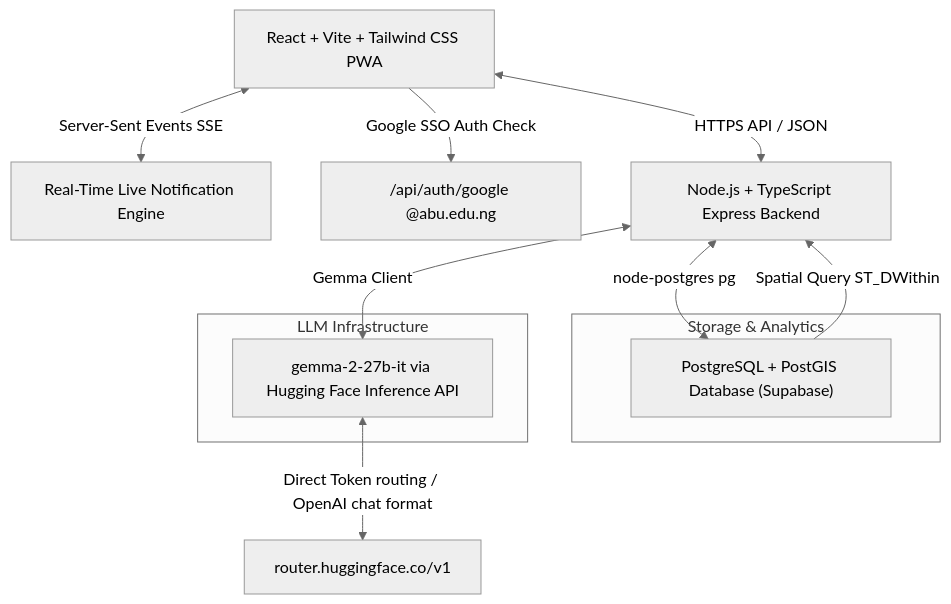
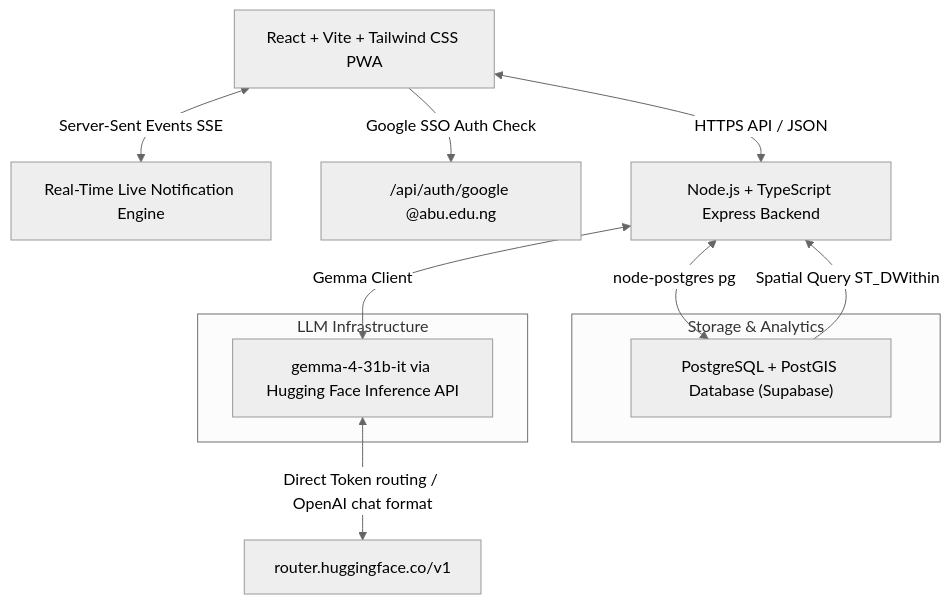
One commit to Bukarr/CamPulse changed the diagram in README.md. Above: the diagram before and after it, drawn with Mermaid (neutral theme). The commit also changed other lines of this file and 7 other files, not shown here.

````diff
--- a/README.md
+++ b/README.md
@@ -23,25 +23,25 @@
 ```mermaid
 flowchart TD
     %% Clients
     Client[React + Vite + Tailwind CSS PWA] <-->|Server-Sent Events SSE| NotificationEngine[Real-Time Live Notification Engine]
     Client -->|Google SSO Auth Check| AuthEndpoint["/api/auth/google @abu.edu.ng"]
     
     %% API Gateway / Backend
     Client <-->|HTTPS API / JSON| ExpressServer[Node.js + TypeScript Express Backend]
     
     %% Database Path
     ExpressServer <-->|node-postgres pg| PostgreSQL["PostgreSQL + PostGIS Database (Supabase)"]
     PostgreSQL -->|Spatial Query ST_DWithin| ExpressServer
     
     %% AI Path
-    ExpressServer <-->|Gemma Client| GemmaRouter["gemma-2-27b-it via Hugging Face Inference API"]
+    ExpressServer <-->|Gemma Client| GemmaRouter["gemma-4-31b-it via Hugging Face Inference API"]
     GemmaRouter <-->|Direct Token routing / OpenAI chat format| HFProviders["router.huggingface.co/v1"]
     
     subgraph Storage & Analytics
         PostgreSQL
     end
     
     subgraph LLM Infrastructure
         GemmaRouter
     end
 ```
````
